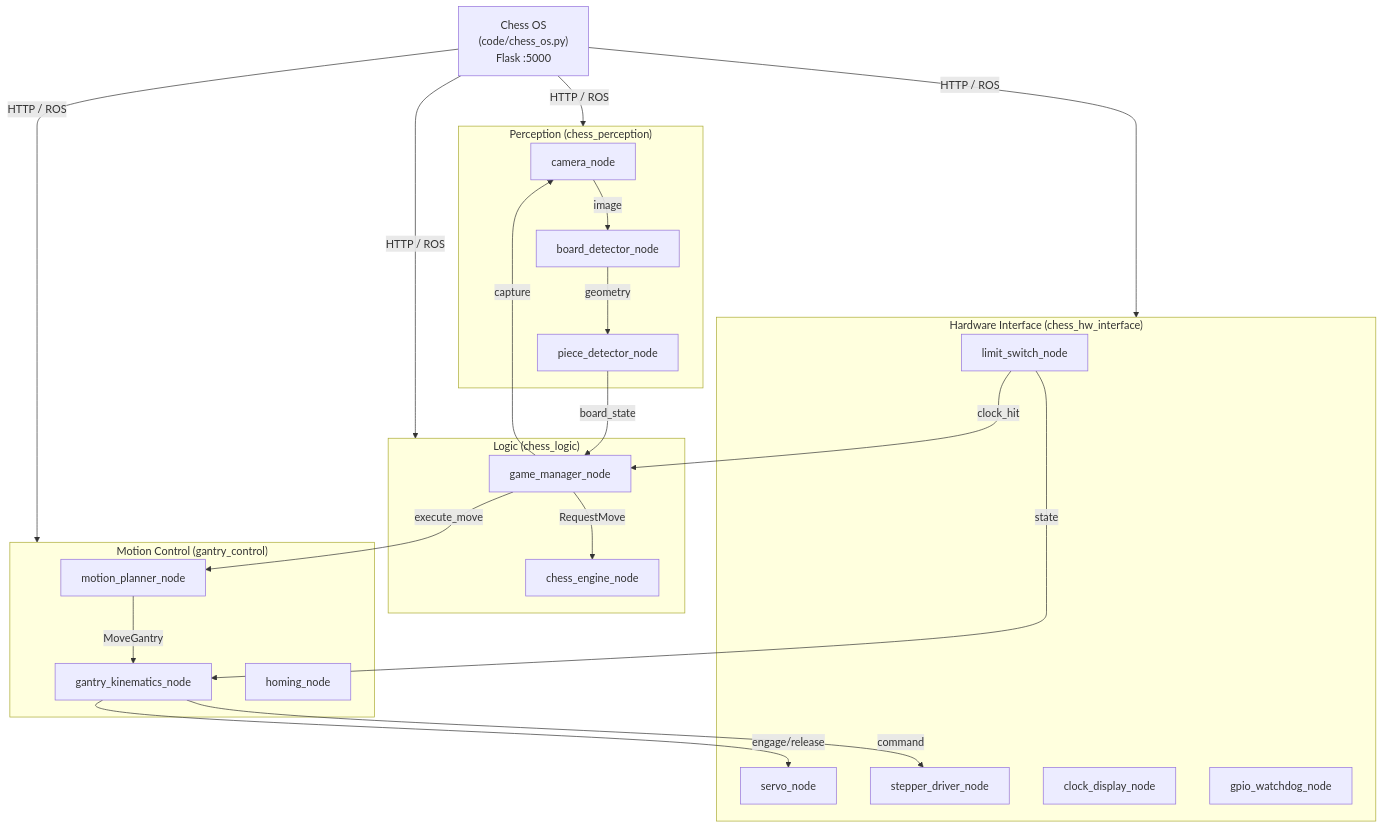
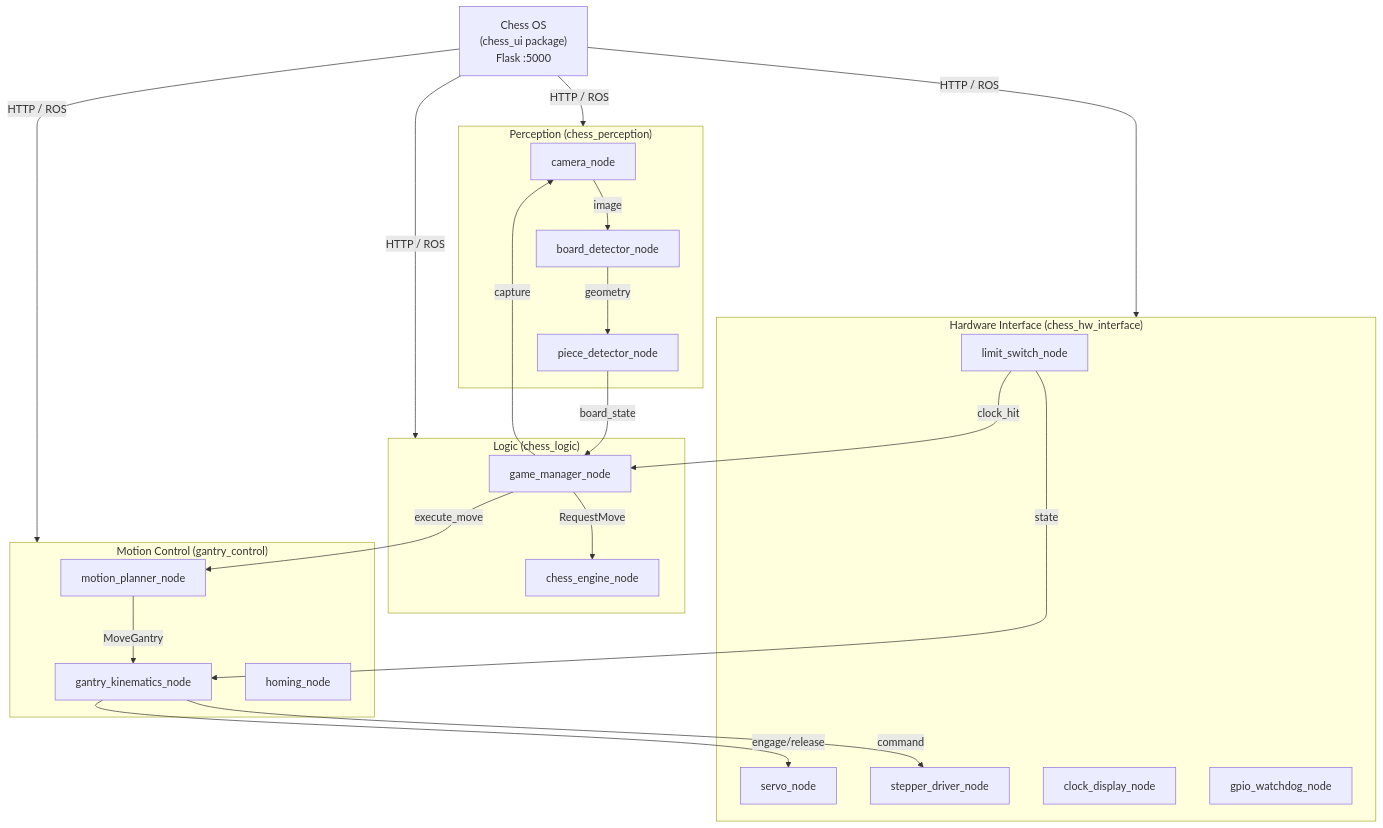
One commit to ifuller140/smart_chess_board changed the diagram in docs/software/architecture.md. Above: the diagram before and after it, drawn with Mermaid. The commit also changed other lines of this file and 7 other files, not shown here.

````diff
--- a/docs/software/architecture.md
+++ b/docs/software/architecture.md
@@ -7,48 +7,48 @@
 ```mermaid
 graph TB
-    COS["Chess OS\n(code/chess_os.py)\nFlask :5000"]
+    COS["Chess OS\n(chess_ui package)\nFlask :5000"]
 
     subgraph HW["Hardware Interface (chess_hw_interface)"]
         SD[stepper_driver_node]
         SV[servo_node]
         LS[limit_switch_node]
         CD[clock_display_node]
         WD[gpio_watchdog_node]
     end
 
     subgraph PERC["Perception (chess_perception)"]
         CAM[camera_node]
         BD[board_detector_node]
         PD[piece_detector_node]
     end
 
     subgraph LOGIC["Logic (chess_logic)"]
         GM[game_manager_node]
         CE[chess_engine_node]
     end
 
     subgraph MOTION["Motion Control (gantry_control)"]
         GK[gantry_kinematics_node]
         MP[motion_planner_node]
         HM[homing_node]
     end
 
     COS -->|HTTP / ROS| HW
     COS -->|HTTP / ROS| PERC
     COS -->|HTTP / ROS| LOGIC
     COS -->|HTTP / ROS| MOTION
 
     GM -->|RequestMove| CE
     GM -->|capture| CAM
     CAM -->|image| BD
     BD -->|geometry| PD
     PD -->|board_state| GM
 
     GM -->|execute_move| MP
     MP -->|MoveGantry| GK
     GK -->|command| SD
     GK -->|engage/release| SV
 
     LS -->|state| GK
     LS -->|clock_hit| GM
 ```
````
